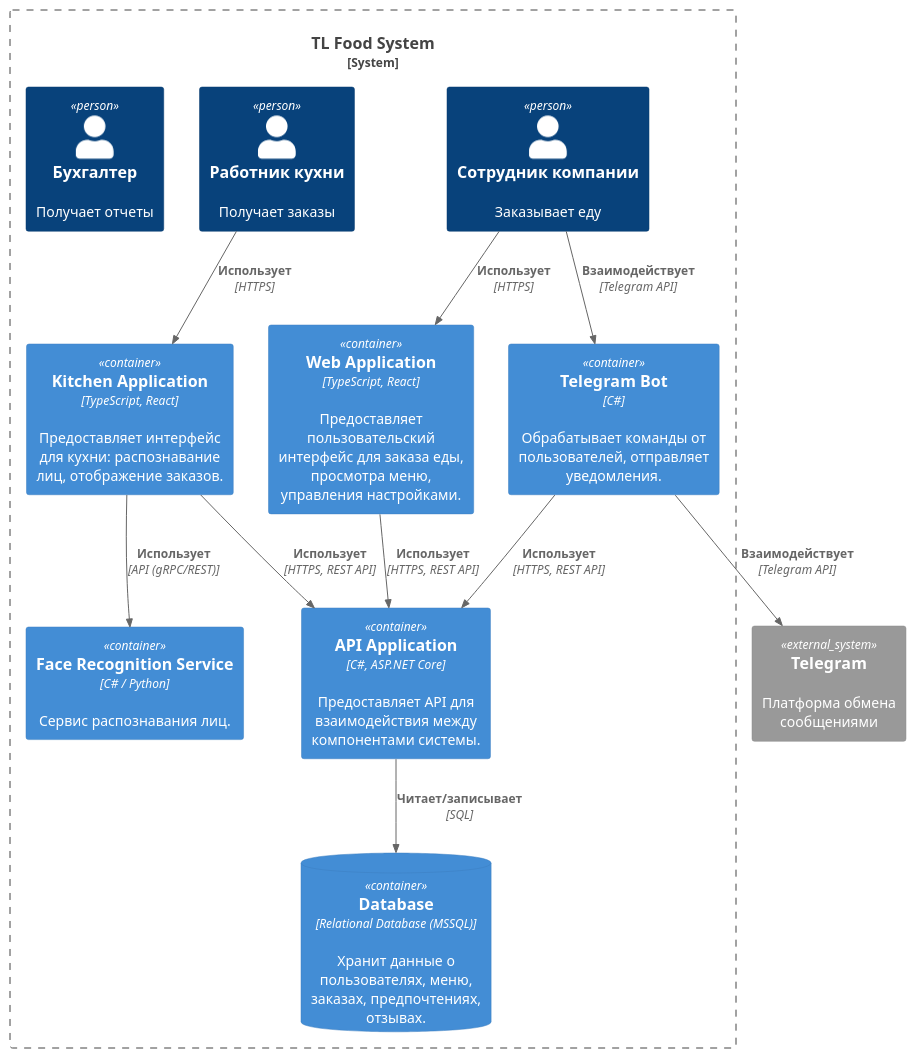
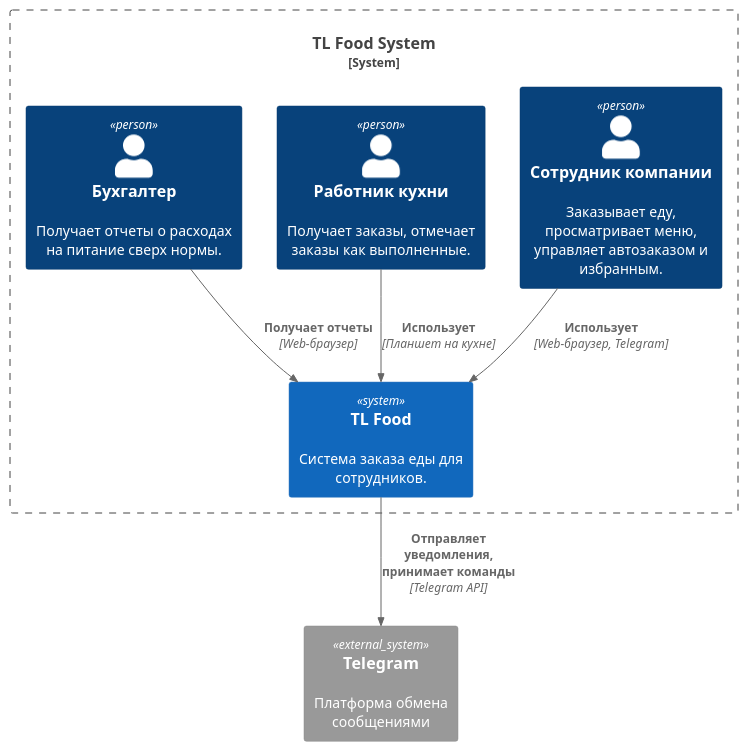
The diagram in C4/Context C4.md (GornikMaria/SoftwareProjectManagement), drawn with PlantUML before and after one commit. The commit also changed other lines of this file and 16 other files, not shown here.

````diff
--- a/C4/Context C4.md
+++ b/C4/Context C4.md
@@ -21,35 +23,24 @@
 ```plantuml
 @startuml
-!include <c4/C4_Container>
+!include <c4/C4_Context>
 
 System_Boundary(c1, "TL Food System") {
-    Person(user, "Сотрудник компании", "Заказывает еду")
-    Person(cook, "Работник кухни", "Получает заказы")
-    Person(accountant, "Бухгалтер", "Получает отчеты")
+    Person(user, "Сотрудник компании", "Заказывает еду, просматривает меню, управляет автозаказом и избранным.")
+    Person(cook, "Работник кухни", "Получает заказы, отмечает заказы как выполненные.")
+    Person(accountant, "Бухгалтер", "Получает отчеты о расходах на питание сверх нормы.")
+    System(tlfood, "TL Food", "Система заказа еды для сотрудников.")
+}
 
-    ContainerDb(database, "Database", "Relational Database (MSSQL)", "Хранит данные о пользователях, меню, заказах, предпочтениях, отзывах.")
+Rel(user, tlfood, "Использует", "Web-браузер, Telegram")
+Rel(cook, tlfood, "Использует", "Планшет на кухне")
+Rel(accountant, tlfood, "Получает отчеты", "Web-браузер")
 
-    Container(web_app, "Web Application", "TypeScript, React", "Предоставляет пользовательский интерфейс для заказа еды, просмотра меню, управления настройками.")
-    Rel(user, web_app, "Использует", "HTTPS")
+' Внешние системы (пока что только Telegram, но в будущем могут быть и другие)
+System_Ext(telegram, "Telegram", "Платформа обмена сообщениями")
+Rel(tlfood, telegram, "Отправляет уведомления, принимает команды", "Telegram API")
 
-    Container(kitchen_app, "Kitchen Application", "TypeScript, React", "Предоставляет интерфейс для кухни: распознавание лиц, отображение заказов.")
-    Rel(cook, kitchen_app, "Использует", "HTTPS")
-
-     Container(tg_bot, "Telegram Bot", "C#", "Обрабатывает команды от пользователей, отправляет уведомления.")
-     Rel(user, tg_bot, "Взаимодействует", "Telegram API")
-
-    Container(api, "API Application", "C#, ASP.NET Core", "Предоставляет API для взаимодействия между компонентами системы.")
-    Rel(web_app, api, "Использует", "HTTPS, REST API")
-    Rel(kitchen_app, api, "Использует", "HTTPS, REST API")
-    Rel(tg_bot, api, "Использует", "HTTPS, REST API")
-
-    Rel(api, database, "Читает/записывает", "SQL")
-
-    Container(face_recognition, "Face Recognition Service", "C# / Python", "Сервис распознавания лиц.")
-     Rel(kitchen_app, face_recognition, "Использует", "API (gRPC/REST)")
-}
-  System_Ext(telegram, "Telegram", "Платформа обмена сообщениями")
-  Rel(tg_bot, telegram, "Взаимодействует", "Telegram API")
-
+' Связи с внешними системами (в будущем)
+' System_Ext(accounting, "Система бухгалтерского учета", "Используется для учета расходов на питание")
+' Rel(tlfood, accounting, "Передает данные о расходах", "API")
 @enduml
 ```
````
